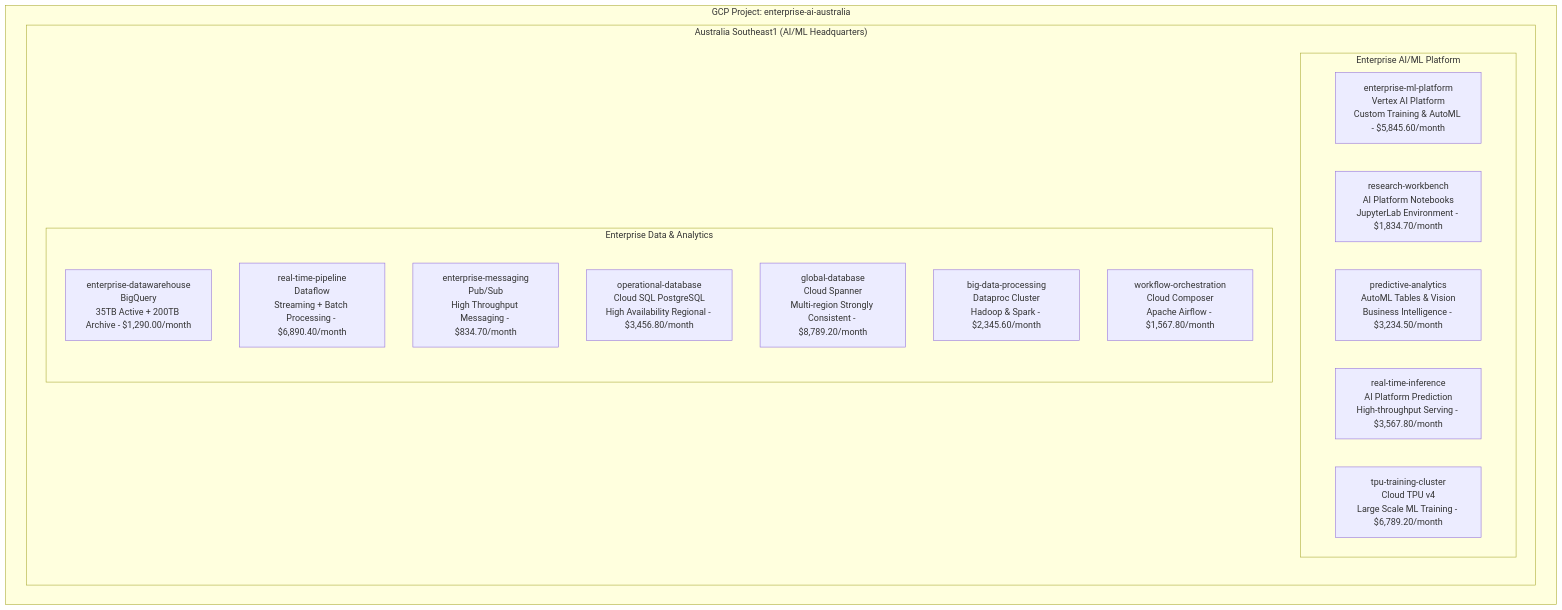
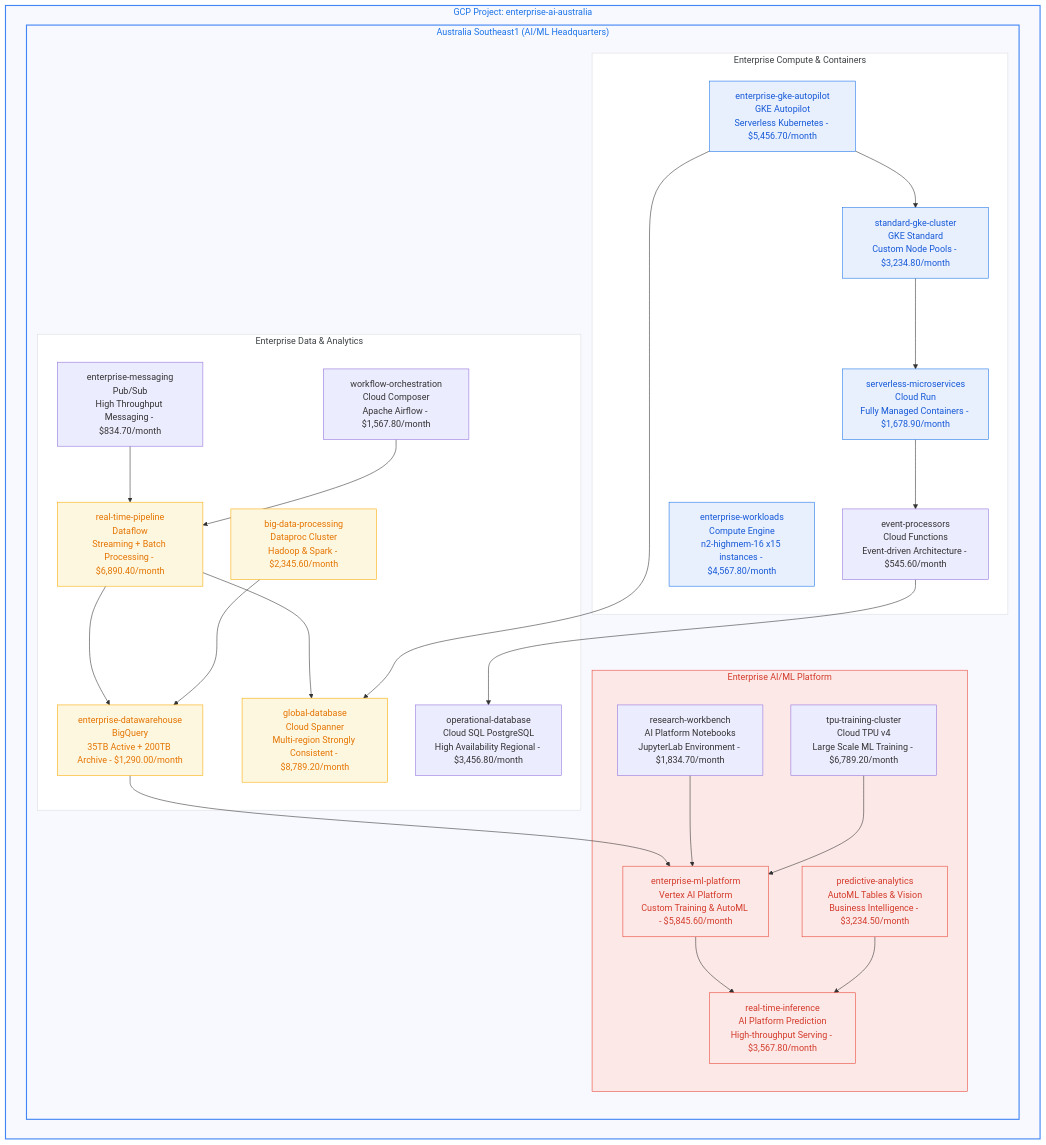
The third of 3 diagrams in README.md (navidrast/cloudviz), drawn with Mermaid before and after one commit. The commit also changed other lines of this file, not shown here.

First line of the commit message:
style:  Beautiful minimal portal-style colors for all cloud diagrams

````diff
--- a/README.md
+++ b/README.md
@@ -187,26 +236,67 @@
 ```mermaid
 %% CloudViz Auto-Generated Infrastructure Diagram  
 %% Scan Date: 2025-09-20 | Project: enterprise-ai-australia | Resources: 41 | Monthly Cost: $38,790.60
 flowchart TD
-    subgraph gcp[" GCP Project: enterprise-ai-australia"]
-        subgraph australia_southeast1[" Australia Southeast1 (AI/ML Headquarters)"]
-            subgraph ml_rg[" Enterprise AI/ML Platform"]
-                vertex_ai[" enterprise-ml-platform<br/>Vertex AI Platform<br/>Custom Training & AutoML - $5,845.60/month"]
-                ai_notebooks[" research-workbench<br/>AI Platform Notebooks<br/>JupyterLab Environment - $1,834.70/month"]
-                automl[" predictive-analytics<br/>AutoML Tables & Vision<br/>Business Intelligence - $3,234.50/month"]
-                ai_platform[" real-time-inference<br/>AI Platform Prediction<br/>High-throughput Serving - $3,567.80/month"]
-                tpu_cluster[" tpu-training-cluster<br/>Cloud TPU v4<br/>Large Scale ML Training - $6,789.20/month"]
+    subgraph gcp["GCP Project: enterprise-ai-australia"]
+        subgraph australia_southeast1["Australia Southeast1 (AI/ML Headquarters)"]
+            subgraph ml_rg["Enterprise AI/ML Platform"]
+                vertex_ai["enterprise-ml-platform<br/>Vertex AI Platform<br/>Custom Training & AutoML - $5,845.60/month"]
+                ai_notebooks["research-workbench<br/>AI Platform Notebooks<br/>JupyterLab Environment - $1,834.70/month"]
+                automl["predictive-analytics<br/>AutoML Tables & Vision<br/>Business Intelligence - $3,234.50/month"]
+                ai_platform["real-time-inference<br/>AI Platform Prediction<br/>High-throughput Serving - $3,567.80/month"]
+                tpu_cluster["tpu-training-cluster<br/>Cloud TPU v4<br/>Large Scale ML Training - $6,789.20/month"]
             end
             
-            subgraph data_rg[" Enterprise Data & Analytics"]
-                bigquery[" enterprise-datawarehouse<br/>BigQuery<br/>35TB Active + 200TB Archive - $1,290.00/month"]
-                dataflow[" real-time-pipeline<br/>Dataflow<br/>Streaming + Batch Processing - $6,890.40/month"]
-                pub_sub[" enterprise-messaging<br/>Pub/Sub<br/>High Throughput Messaging - $834.70/month"]
-                cloud_sql[" operational-database<br/>Cloud SQL PostgreSQL<br/>High Availability Regional - $3,456.80/month"]
-                spanner[" global-database<br/>Cloud Spanner<br/>Multi-region Strongly Consistent - $8,789.20/month"]
-                dataproc[" big-data-processing<br/>Dataproc Cluster<br/>Hadoop & Spark - $2,345.60/month"]
-                composer[" workflow-orchestration<br/>Cloud Composer<br/>Apache Airflow - $1,567.80/month"]
+            subgraph data_rg["Enterprise Data & Analytics"]
+                bigquery["enterprise-datawarehouse<br/>BigQuery<br/>35TB Active + 200TB Archive - $1,290.00/month"]
+                dataflow["real-time-pipeline<br/>Dataflow<br/>Streaming + Batch Processing - $6,890.40/month"]
+                pub_sub["enterprise-messaging<br/>Pub/Sub<br/>High Throughput Messaging - $834.70/month"]
+                cloud_sql["operational-database<br/>Cloud SQL PostgreSQL<br/>High Availability Regional - $3,456.80/month"]
+                spanner["global-database<br/>Cloud Spanner<br/>Multi-region Strongly Consistent - $8,789.20/month"]
+                dataproc["big-data-processing<br/>Dataproc Cluster<br/>Hadoop & Spark - $2,345.60/month"]
+                composer["workflow-orchestration<br/>Cloud Composer<br/>Apache Airflow - $1,567.80/month"]
+            end
+            
+            subgraph compute_rg["Enterprise Compute & Containers"]
+                gke_autopilot["enterprise-gke-autopilot<br/>GKE Autopilot<br/>Serverless Kubernetes - $5,456.70/month"]
+                gke_standard["standard-gke-cluster<br/>GKE Standard<br/>Custom Node Pools - $3,234.80/month"]
+                cloud_run["serverless-microservices<br/>Cloud Run<br/>Fully Managed Containers - $1,678.90/month"]
+                functions["event-processors<br/>Cloud Functions<br/>Event-driven Architecture - $545.60/month"]
+                compute_engine["enterprise-workloads<br/>Compute Engine<br/>n2-highmem-16 x15 instances - $4,567.80/month"]
             end
         end
     end
+
+    %% GCP Clean Blue Theme - Google Material Design
+    classDef gcpMain fill:#f8f9ff,stroke:#4285f4,stroke-width:2px,color:#1a73e8
+    classDef gcpGroup fill:#ffffff,stroke:#dadce0,stroke-width:1px,color:#3c4043
+    classDef gcpCompute fill:#e8f0fe,stroke:#1a73e8,stroke-width:1px,color:#1558d6
+    classDef gcpData fill:#fef7e0,stroke:#f9ab00,stroke-width:1px,color:#e37400
+    classDef gcpAI fill:#fce8e6,stroke:#ea4335,stroke-width:1px,color:#d33b2c
+
+    %% AI/ML Data Pipeline
+    pub_sub --> dataflow
+    dataflow --> bigquery
+    dataflow --> spanner
+    bigquery --> vertex_ai
+    vertex_ai --> ai_platform
+    ai_notebooks --> vertex_ai
+    automl --> ai_platform
+    tpu_cluster --> vertex_ai
+    dataproc --> bigquery
+    composer --> dataflow
+    
+    %% Application & Microservices
+    gke_autopilot --> gke_standard
+    gke_standard --> cloud_run
+    cloud_run --> functions
+    functions --> cloud_sql
+    gke_autopilot --> spanner
+
+    %% Apply GCP Styling
+    class gcp,australia_southeast1 gcpMain
+    class data_rg,compute_rg gcpGroup
+    class gke_autopilot,gke_standard,cloud_run,compute_engine gcpCompute
+    class bigquery,dataflow,spanner,dataproc gcpData
+    class ml_rg,vertex_ai,ai_platform,automl gcpAI
 ```
````
